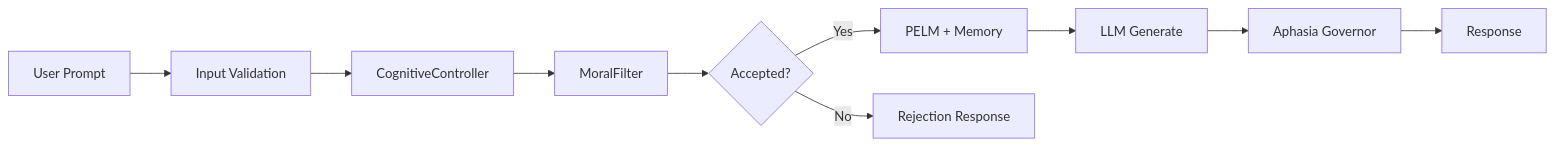
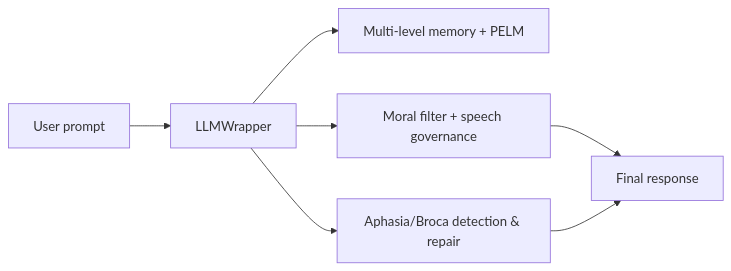
The diagram in README.md (neuron7x/mlsdm-governed-cognitive-memory), drawn with Mermaid before and after one commit. The commit also changed other lines of this file, not shown here.

````diff
--- a/README.md
+++ b/README.md
@@ -171,12 +29,9 @@
 ```mermaid
 flowchart LR
-    A[User Prompt] --> B[Input Validation]
-    B --> C[CognitiveController]
-    C --> D[MoralFilter]
-    D --> E{Accepted?}
-    E -- Yes --> F[PELM + Memory]
-    E -- No --> G[Rejection Response]
-    F --> H[LLM Generate]
-    H --> I[Aphasia Governor]
-    I --> J[Response]
+    U[User prompt] --> W[LLMWrapper]
+    W --> M[Multi-level memory + PELM]
+    W --> G[Moral filter + speech governance]
+    W --> A[Aphasia/Broca detection & repair]
+    G --> R[Final response]
+    A --> R
 ```
````
